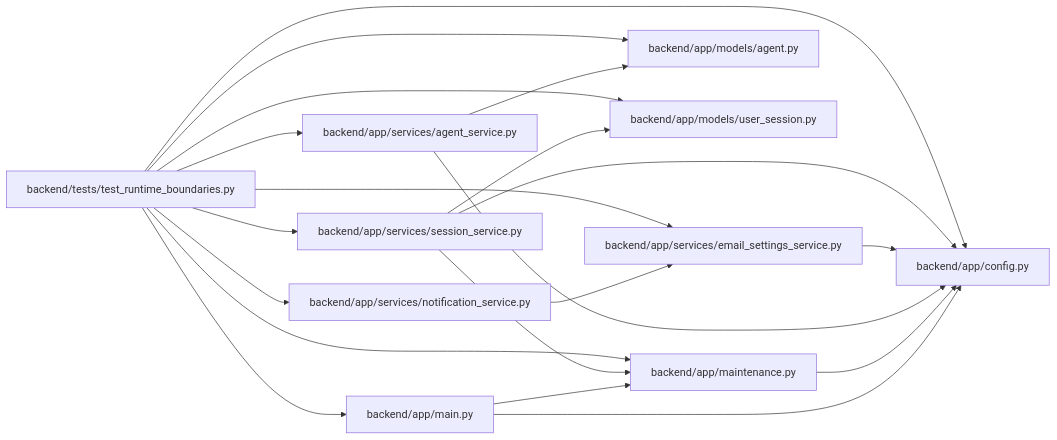
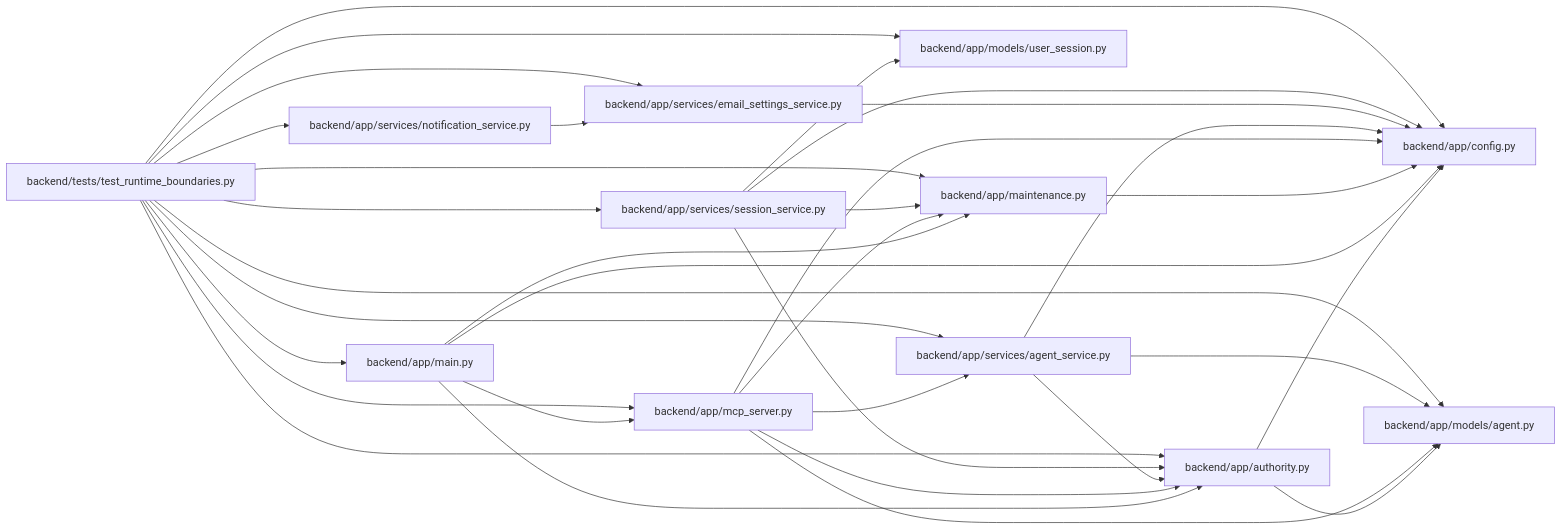
Before and after one commit to Denissvgn/WorkChord: the diagram in docs/llm_wiki/modules/test_runtime_boundaries.md, drawn with Mermaid. The commit also changed other lines of this file and 1420 other files, not shown here.

First line of the commit message:
Refresh the architectural wiki for the 1.10.0 changes

````diff
--- a/docs/llm_wiki/modules/test_runtime_boundaries.md
+++ b/docs/llm_wiki/modules/test_runtime_boundaries.md
@@ -35,42 +36,59 @@
 ```mermaid
 flowchart LR
-    n0["backend/app/config.py"]
-    n1["backend/app/main.py"]
-    n2["backend/app/maintenance.py"]
-    n3["backend/app/models/agent.py"]
-    n4["backend/app/models/user_session.py"]
-    n5["backend/app/services/agent_service.py"]
-    n6["backend/app/services/email_settings_service.py"]
-    n7["backend/app/services/notification_service.py"]
-    n8["backend/app/services/session_service.py"]
-    n9["backend/tests/test_runtime_boundaries.py"]
-    n1 --> n0
-    n1 --> n2
+    n0["backend/app/authority.py"]
+    n1["backend/app/config.py"]
+    n2["backend/app/main.py"]
+    n3["backend/app/maintenance.py"]
+    n4["backend/app/mcp_server.py"]
+    n5["backend/app/models/agent.py"]
+    n6["backend/app/models/user_session.py"]
+    n7["backend/app/services/agent_service.py"]
+    n8["backend/app/services/email_settings_service.py"]
+    n9["backend/app/services/notification_service.py"]
+    n10["backend/app/services/session_service.py"]
+    n11["backend/tests/test_runtime_boundaries.py"]
+    n0 --> n1
+    n0 --> n5
     n2 --> n0
-    n5 --> n0
-    n5 --> n3
-    n6 --> n0
-    n7 --> n6
-    n8 --> n0
-    n8 --> n2
-    n8 --> n4
-    n9 --> n0
-    n9 --> n1
-    n9 --> n2
-    n9 --> n3
-    n9 --> n4
-    n9 --> n5
-    n9 --> n6
-    n9 --> n7
+    n2 --> n1
+    n2 --> n3
+    n2 --> n4
+    n3 --> n1
+    n4 --> n0
+    n4 --> n1
+    n4 --> n3
+    n4 --> n5
+    n4 --> n7
+    n7 --> n0
+    n7 --> n1
+    n7 --> n5
+    n8 --> n1
     n9 --> n8
-    click n0 "../modules/config.md"
-    click n1 "../modules/app_main.md"
-    click n2 "../modules/app_maintenance.md"
-    click n3 "../modules/models_agent.md"
-    click n4 "../modules/user_session.md"
-    click n5 "../modules/agent_service.md"
-    click n6 "../modules/email_settings_service.md"
-    click n7 "../modules/notification_service.md"
-    click n8 "../modules/session_service.md"
-    click n9 "../modules/test_runtime_boundaries.md"
+    n10 --> n0
+    n10 --> n1
+    n10 --> n3
+    n10 --> n6
+    n11 --> n0
+    n11 --> n1
+    n11 --> n2
+    n11 --> n3
+    n11 --> n4
+    n11 --> n5
+    n11 --> n6
+    n11 --> n7
+    n11 --> n8
+    n11 --> n9
+    n11 --> n10
+    click n0 "../modules/authority.md"
+    click n1 "../modules/config.md"
+    click n2 "../modules/app_main.md"
+    click n3 "../modules/app_maintenance.md"
+    click n4 "../modules/mcp_server.md"
+    click n5 "../modules/models_agent.md"
+    click n6 "../modules/user_session.md"
+    click n7 "../modules/agent_service.md"
+    click n8 "../modules/email_settings_service.md"
+    click n9 "../modules/notification_service.md"
+    click n10 "../modules/session_service.md"
+    click n11 "../modules/test_runtime_boundaries.md"
 ```
````
